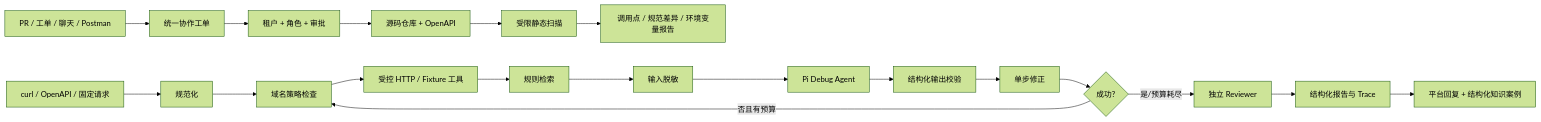
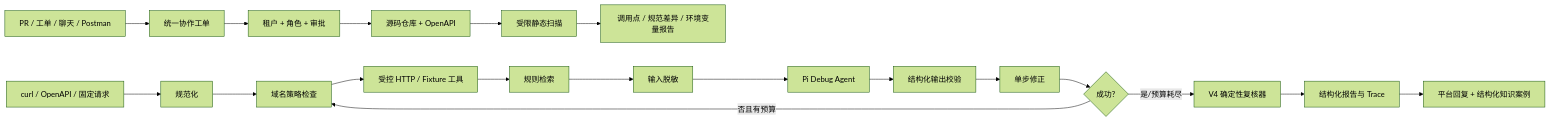
The diagram in README.md (LarryBUPT/A-Pidoc), drawn with Mermaid (forest theme) before and after one commit. The commit also changed other lines of this file and 31 other files, not shown here.

````diff
--- a/README.md
+++ b/README.md
@@ -11,21 +11,21 @@
 ```mermaid
 flowchart LR
     W[PR / 工单 / 聊天 / Postman] --> X[统一协作工单]
     X --> Y[租户 + 角色 + 审批]
     Y --> R
     R[源码仓库 + OpenAPI] --> S[受限静态扫描]
     S --> T[调用点 / 规范差异 / 环境变量报告]
     A[curl / OpenAPI / 固定请求] --> B[规范化]
     B --> C[域名策略检查]
     C --> D[受控 HTTP / Fixture 工具]
     D --> E[规则检索]
     E --> F[输入脱敏]
     F --> G[Pi Debug Agent]
     G --> H[结构化输出校验]
     H --> I[单步修正]
     I --> J{成功?}
     J -- 否且有预算 --> C
-    J -- 是/预算耗尽 --> K[独立 Reviewer]
+    J -- 是/预算耗尽 --> K[V4 确定性复核器]
     K --> L[结构化报告与 Trace]
     L --> Z[平台回复 + 结构化知识案例]
 ```
````
